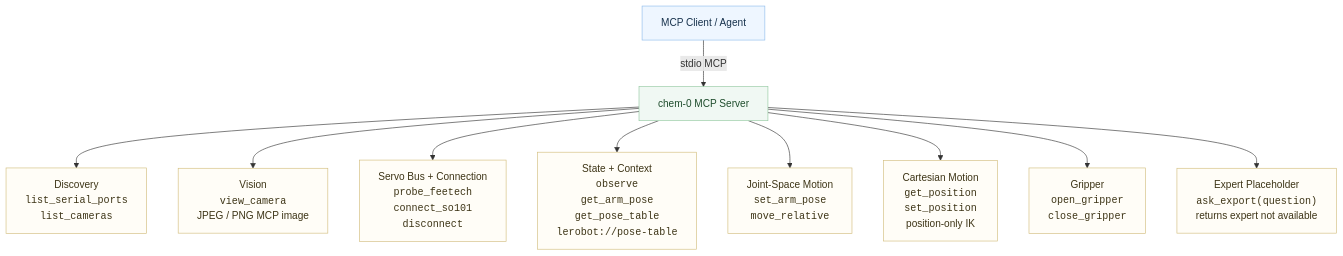
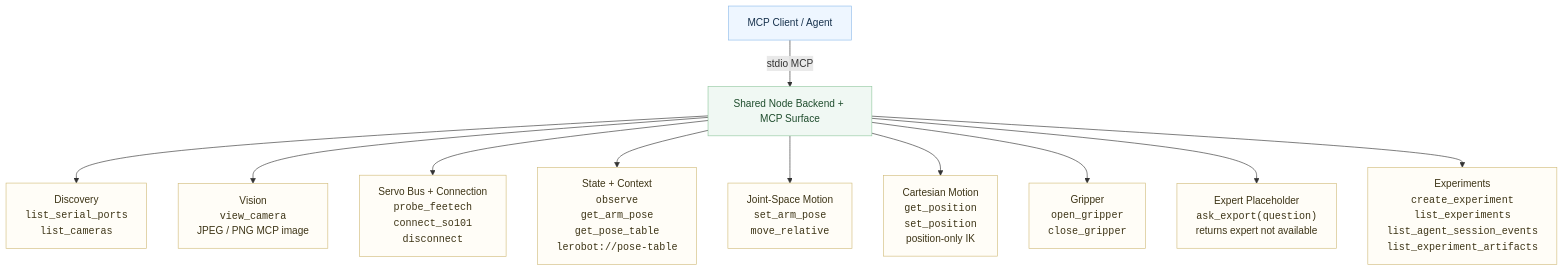
Before and after one commit to JacobFV/chem-0: the second of 2 diagrams in docs/architecture.md, drawn with Mermaid. The commit also changed other lines of this file and 32 other files, not shown here.

Commit message:
Unify MCP and Electron on Node backend

````diff
--- a/docs/architecture.md
+++ b/docs/architecture.md
@@ -56,31 +82,33 @@
 ```mermaid
 flowchart TB
     client["MCP Client / Agent"]
-    server["chem-0 MCP Server"]
+    server["Shared Node Backend + MCP Surface"]
 
     discovery["Discovery<br/><code>list_serial_ports</code><br/><code>list_cameras</code>"]
     vision["Vision<br/><code>view_camera</code><br/>JPEG / PNG MCP image"]
     bus_tools["Servo Bus + Connection<br/><code>probe_feetech</code><br/><code>connect_so101</code><br/><code>disconnect</code>"]
     state["State + Context<br/><code>observe</code><br/><code>get_arm_pose</code><br/><code>get_pose_table</code><br/><code>lerobot://pose-table</code>"]
     joint_motion["Joint-Space Motion<br/><code>set_arm_pose</code><br/><code>move_relative</code>"]
     cart_motion["Cartesian Motion<br/><code>get_position</code><br/><code>set_position</code><br/>position-only IK"]
     gripper["Gripper<br/><code>open_gripper</code><br/><code>close_gripper</code>"]
     expert_tool["Expert Placeholder<br/><code>ask_export(question)</code><br/>returns expert not available"]
+    experiments["Experiments<br/><code>create_experiment</code><br/><code>list_experiments</code><br/><code>list_agent_session_events</code><br/><code>list_experiment_artifacts</code>"]
 
     client -->|"stdio MCP"| server
     server --> discovery
     server --> vision
     server --> bus_tools
     server --> state
     server --> joint_motion
     server --> cart_motion
     server --> gripper
     server --> expert_tool
+    server --> experiments
 
     classDef client fill:#eef6ff,stroke:#8fbceb,color:#17324d
     classDef server fill:#f0f8f3,stroke:#92c8a0,color:#1f4d2d
     classDef affordance fill:#fffdf7,stroke:#d2bd7d,color:#3d3416
     class client client
     class server server
-    class discovery,vision,bus_tools,state,joint_motion,cart_motion,gripper,expert_tool affordance
+    class discovery,vision,bus_tools,state,joint_motion,cart_motion,gripper,expert_tool,experiments affordance
 ```
````
